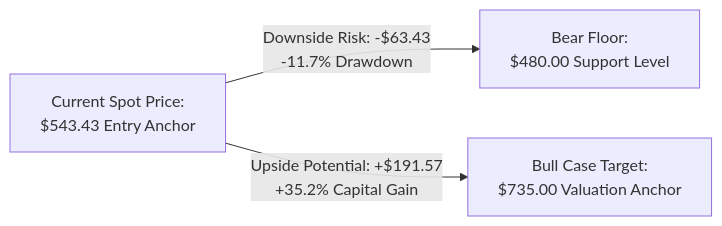
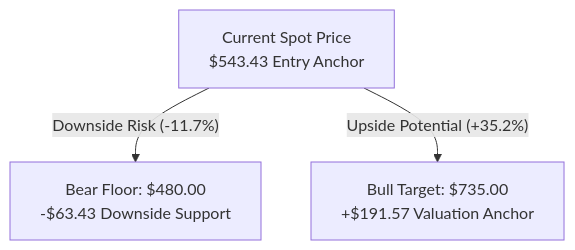
One commit to Unheat/memeTrading changed the third of 3 diagrams in web/src/content/articles/dell-dell-2026-09-28-001.md. Above: the diagram before and after it, drawn with Mermaid. The commit also changed other lines of this file and 1 other file, not shown here.

Commit message:
fix(frontend): theme-aware Mermaid edge labels and clean vertical asymmetry diagram
- Restructures Dell valuation asymmetry diagram into a balanced vertical flow
  with concise edge labels ('Downside Risk (-11.7%)', 'Upside Potential (+35.2%)').
- Adds theme-aware CSS for Mermaid edge labels (.edgeLabel rect, .labelBkg) so
  dark mode renders a dark slate card (#1E232E) with cream text (#D4D0C7),
  completely eliminating the white-on-white text box bug.

````diff
--- a/web/src/content/articles/dell-dell-2026-09-28-001.md
+++ b/web/src/content/articles/dell-dell-2026-09-28-001.md
@@ -174,5 +174,6 @@
 ```mermaid
-flowchart LR
-    A[Current Spot Price:<br/>$543.43 Entry Anchor] -->|Downside Risk: -$63.43<br/>-11.7% Drawdown| B[Bear Floor:<br/>$480.00 Support Level]
-    A -->|Upside Potential: +$191.57<br/>+35.2% Capital Gain| C[Bull Case Target:<br/>$735.00 Valuation Anchor]
+flowchart TD
+    Price["Current Spot Price<br/>$543.43 Entry Anchor"]
+    Price -->|"Downside Risk (-11.7%)"| Bear["Bear Floor: $480.00<br/>-$63.43 Downside Support"]
+    Price -->|"Upside Potential (+35.2%)"| Bull["Bull Target: $735.00<br/>+$191.57 Valuation Anchor"]
 ```
````
